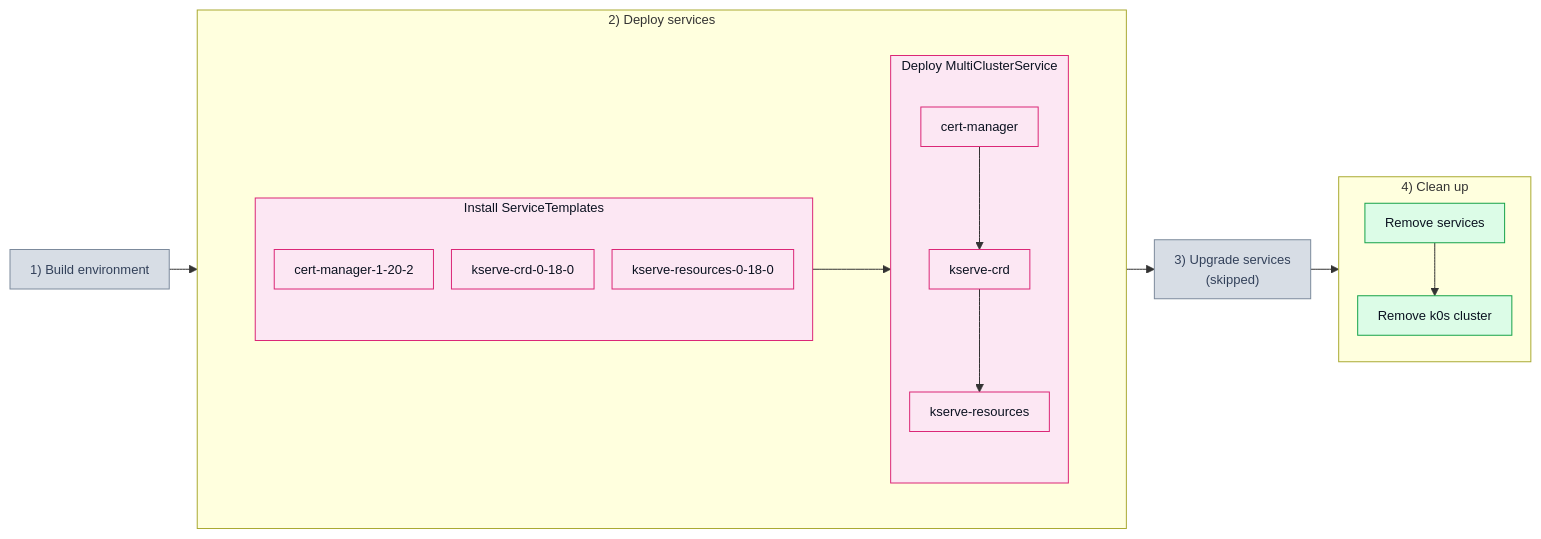
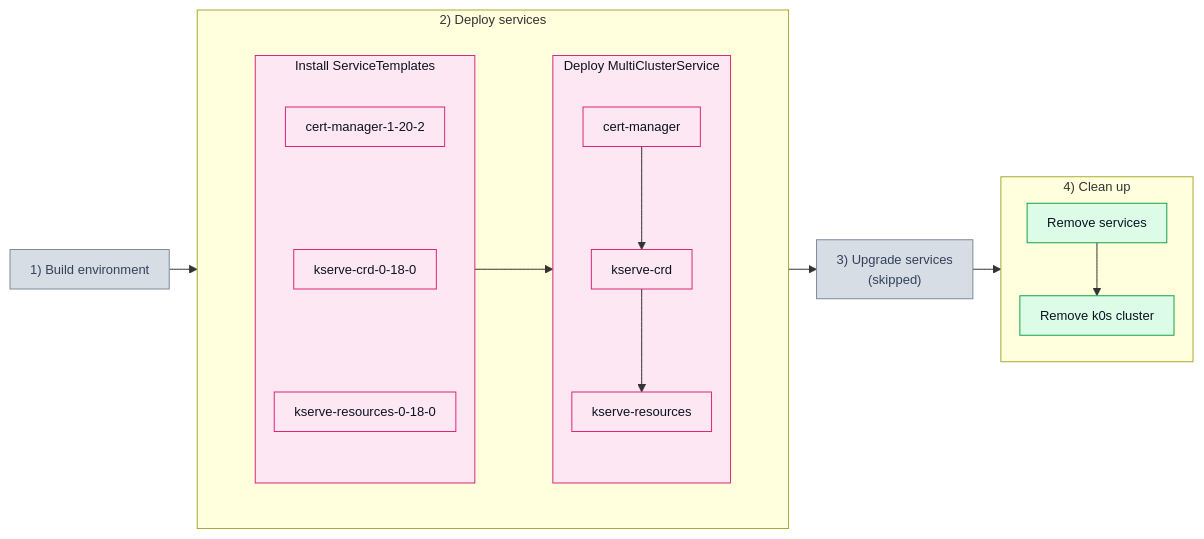
One commit to josef-hak/ksm-tests changed the second of 2 diagrams in test_scenarios/201_svcdep.md. Above: the diagram before and after it, drawn with Mermaid.

Commit message:
docs: stack the ServiceTemplates boxes

````diff
--- a/test_scenarios/201_svcdep.md
+++ b/test_scenarios/201_svcdep.md
@@ -29,42 +29,40 @@
 ```mermaid
 %%{init: {'themeVariables': {'fontFamily': 'ui-monospace, SFMono-Regular, Menlo, Consolas, monospace', 'fontSize': '13px'}, 'flowchart': {'padding': 10, 'nodeSpacing': 18, 'rankSpacing': 28}}}%%
 flowchart LR
     P1["1) Build environment"]
 
     subgraph P2["2) Deploy services"]
         subgraph W2[" "]
             direction LR
             subgraph D1["Install ServiceTemplates"]
                 direction TB
-                T1["cert-manager-1-20-2"]
-                T2["kserve-crd-0-18-0"]
-                T3["kserve-resources-0-18-0"]
+                T1["cert-manager-1-20-2"] ~~~ T2["kserve-crd-0-18-0"] ~~~ T3["kserve-resources-0-18-0"]
             end
 
             subgraph D2["Deploy MultiClusterService"]
                 direction TB
                 M1["cert-manager"] --> M2["kserve-crd"] --> M3["kserve-resources"]
             end
 
             D1 --> D2
         end
     end
 
     P3["3) Upgrade services<br/>(skipped)"]
 
     subgraph P4["4) Clean up"]
         C1["Remove services"] --> C2["Remove k0s cluster"]
     end
 
     P1 --> P2 --> P3 --> P4
 
     classDef off fill:#d7dde5,stroke:#7c8a9c,color:#33415a
     classDef pink fill:#fce7f3,stroke:#db2777,color:#0b1220
     classDef green fill:#dcfce7,stroke:#16a34a,color:#0b1220
     classDef bare fill:none,stroke:none
 
     class P1,P3 off
     class D1,D2,T1,T2,T3,M1,M2,M3 pink
     class C1,C2 green
     class W2 bare
 ```
````
